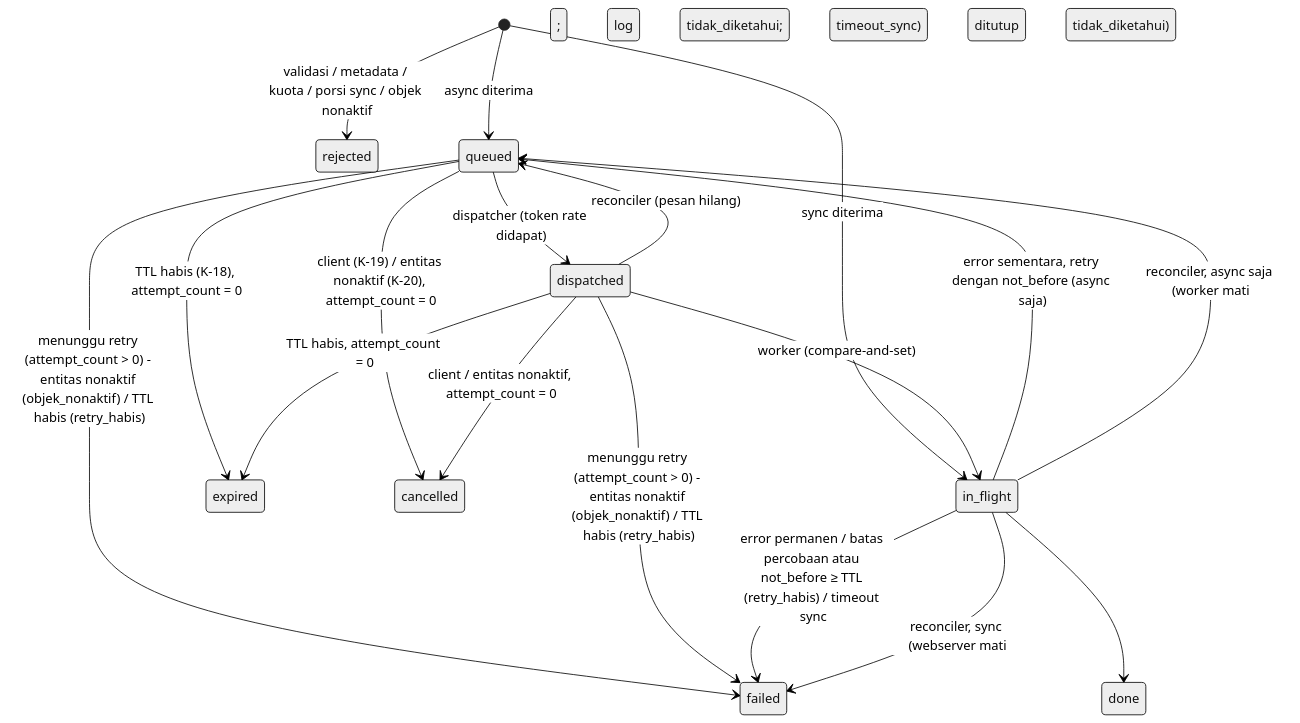
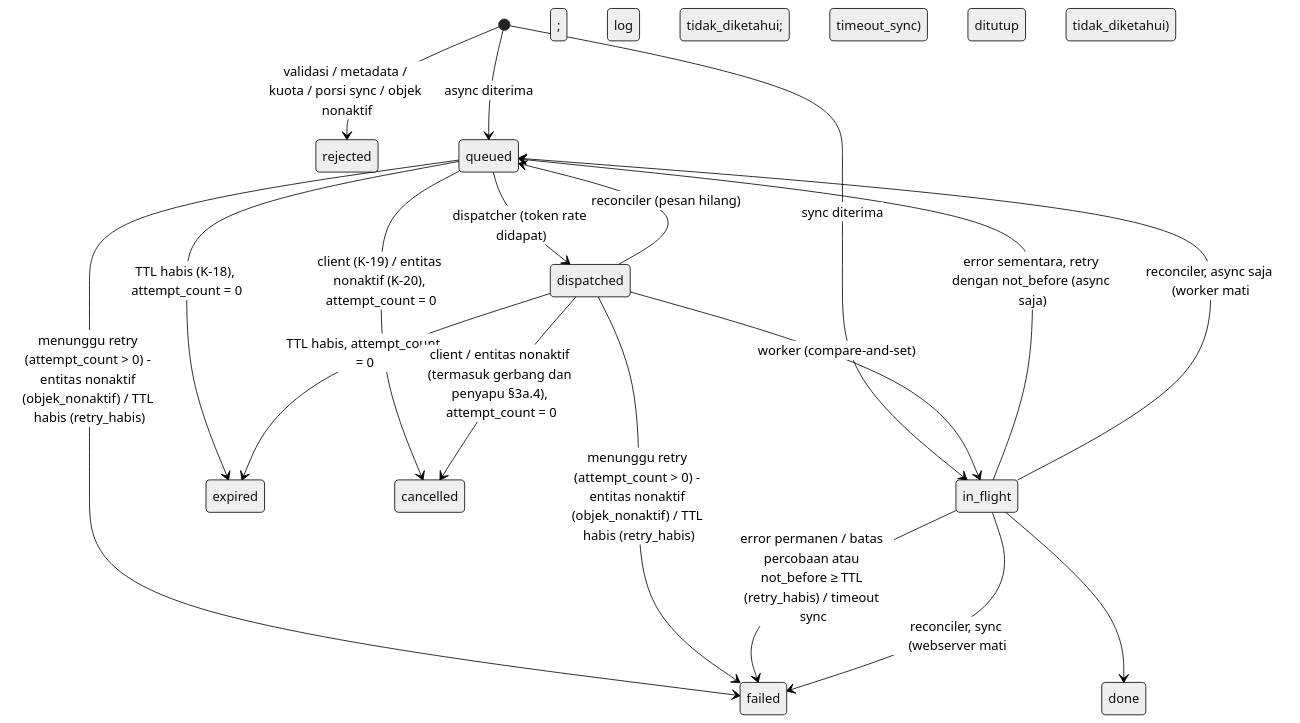
One commit to faisalcayunda/PoolRouter changed the second of 3 diagrams in docs/adr/0001-arsitektur-poolrouter.md. Above: the diagram before and after it, drawn with Mermaid (neutral theme). The commit also changed other lines of this file, not shown here.

````diff
--- a/docs/adr/0001-arsitektur-poolrouter.md
+++ b/docs/adr/0001-arsitektur-poolrouter.md
@@ -91,20 +91,20 @@
 ```mermaid title="Status request"
 stateDiagram-v2
   [*] --> rejected: validasi / metadata / kuota / porsi sync / objek nonaktif
   [*] --> queued: async diterima
   [*] --> in_flight: sync diterima
   queued --> dispatched: dispatcher (token rate didapat)
   queued --> expired: TTL habis (K-18), attempt_count = 0
   queued --> cancelled: client (K-19) / entitas nonaktif (K-20), attempt_count = 0
   queued --> failed: menunggu retry (attempt_count > 0) - entitas nonaktif (objek_nonaktif) / TTL habis (retry_habis)
   dispatched --> expired: TTL habis, attempt_count = 0
-  dispatched --> cancelled: client / entitas nonaktif, attempt_count = 0
+  dispatched --> cancelled: client / entitas nonaktif (termasuk gerbang dan penyapu §3a.4), attempt_count = 0
   dispatched --> failed: menunggu retry (attempt_count > 0) - entitas nonaktif (objek_nonaktif) / TTL habis (retry_habis)
   dispatched --> in_flight: worker (compare-and-set)
   dispatched --> queued: reconciler (pesan hilang)
   in_flight --> done
   in_flight --> failed: error permanen / batas percobaan atau not_before ≥ TTL (retry_habis) / timeout sync
   in_flight --> failed: reconciler, sync (webserver mati; log tidak_diketahui; timeout_sync)
   in_flight --> queued: error sementara, retry dengan not_before (async saja)
   in_flight --> queued: reconciler, async saja (worker mati; log ditutup tidak_diketahui)
 ```
````
